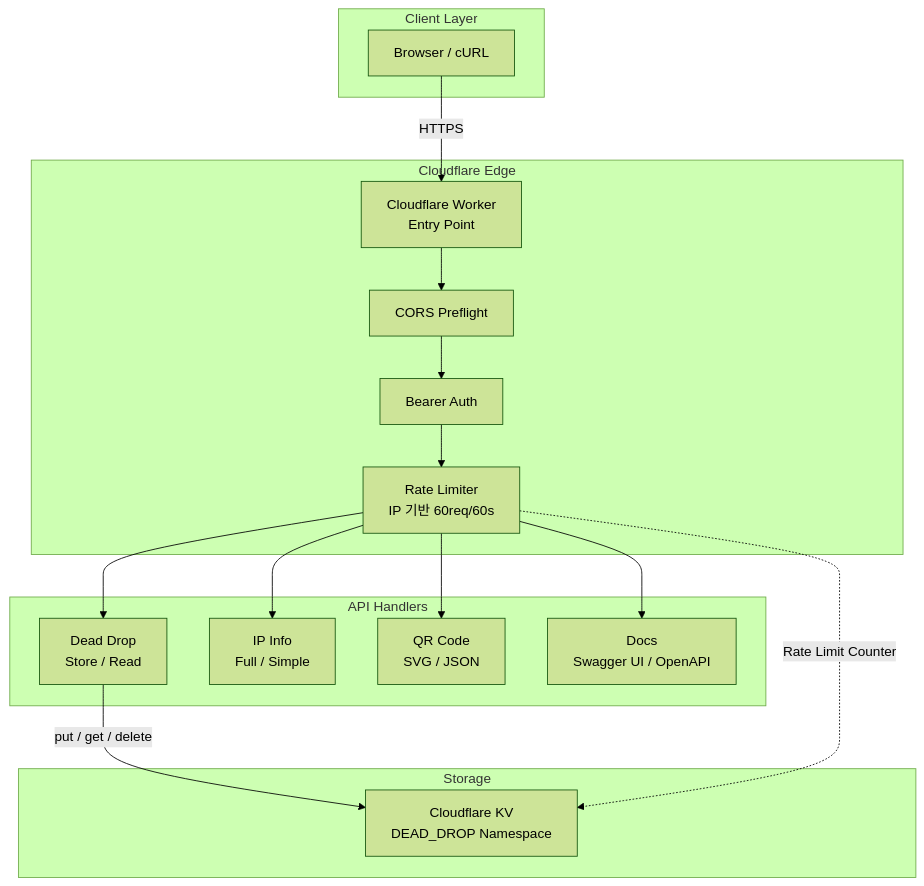
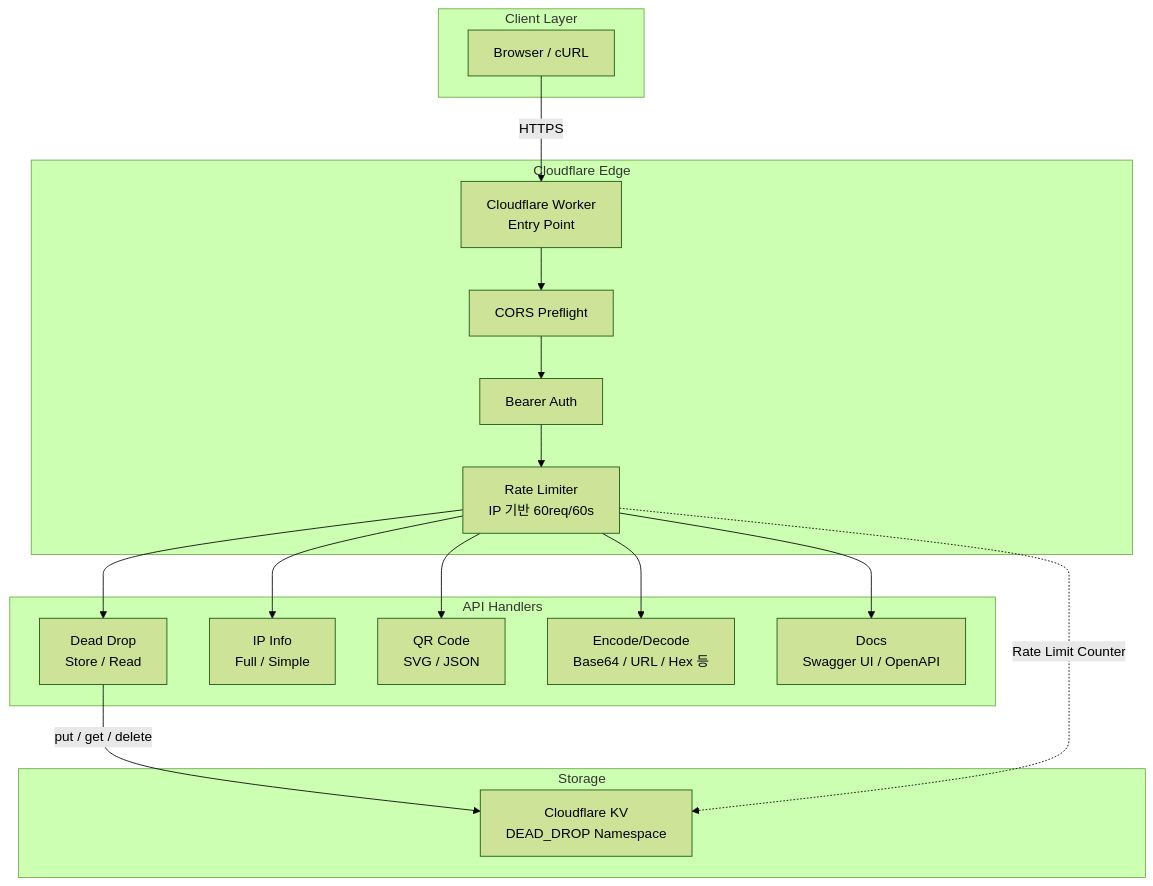
One commit to gguatit/kalpha-s_api changed the first of 2 diagrams in README.md. Above: the diagram before and after it, drawn with Mermaid (forest theme). The commit also changed other lines of this file and 3 other files, not shown here.

Commit message:
feat: implement Dead Drop, IP Info, QR Code, and Encode/Decode APIs with OpenAPI documentation.

````diff
--- a/README.md
+++ b/README.md
@@ -11,35 +11,37 @@
 ```mermaid
 graph TB
     subgraph "Client Layer"
         A[Browser / cURL]
     end
 
     subgraph "Cloudflare Edge"
         B[Cloudflare Worker<br/>Entry Point]
         C[CORS Preflight]
         D[Bearer Auth]
         E[Rate Limiter<br/>IP 기반 60req/60s]
     end
 
     subgraph "API Handlers"
         F[Dead Drop<br/>Store / Read]
         G[IP Info<br/>Full / Simple]
         H[QR Code<br/>SVG / JSON]
+        J2[Encode/Decode<br/>Base64 / URL / Hex 등]
         I[Docs<br/>Swagger UI / OpenAPI]
     end
 
     subgraph "Storage"
         J[Cloudflare KV<br/>DEAD_DROP Namespace]
     end
 
     A -->|HTTPS| B
     B --> C
     C --> D
     D --> E
     E --> F
     E --> G
     E --> H
+    E --> J2
     E --> I
     F -->|put / get / delete| J
     E -.->|Rate Limit Counter| J
 ```
````
